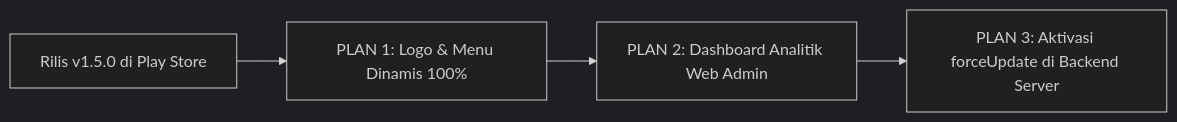
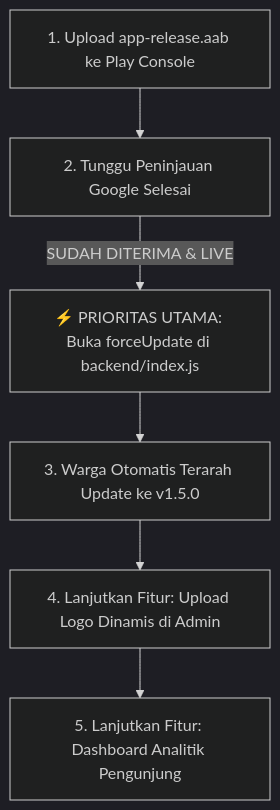
Before and after one commit to diskominfosandikonsel/konsel-setara: the diagram in PLAN.md, drawn with Mermaid (dark theme). The commit also changed other lines of this file, not shown here.

Commit message:
docs: sesuaikan prioritas utama - forceUpdate di index.js segera setelah 1.5.0 disetujui

````diff
--- a/PLAN.md
+++ b/PLAN.md
@@ -21,6 +21,8 @@
 ```mermaid
-graph LR
-    A[Rilis v1.5.0 di Play Store] --> B[PLAN 1: Logo & Menu Dinamis 100%]
-    B --> C[PLAN 2: Dashboard Analitik Web Admin]
-    C --> D[PLAN 3: Aktivasi forceUpdate di Backend Server]
+flowchart TD
+    A[1. Upload app-release.aab ke Play Console] --> B[2. Tunggu Peninjauan Google Selesai]
+    B -->|SUDAH DITERIMA & LIVE| C[⚡ PRIORITAS UTAMA: Buka forceUpdate di backend/index.js]
+    C --> D[3. Warga Otomatis Terarah Update ke v1.5.0]
+    D --> E[4. Lanjutkan Fitur: Upload Logo Dinamis di Admin]
+    E --> F[5. Lanjutkan Fitur: Dashboard Analitik Pengunjung]
 ```
````
